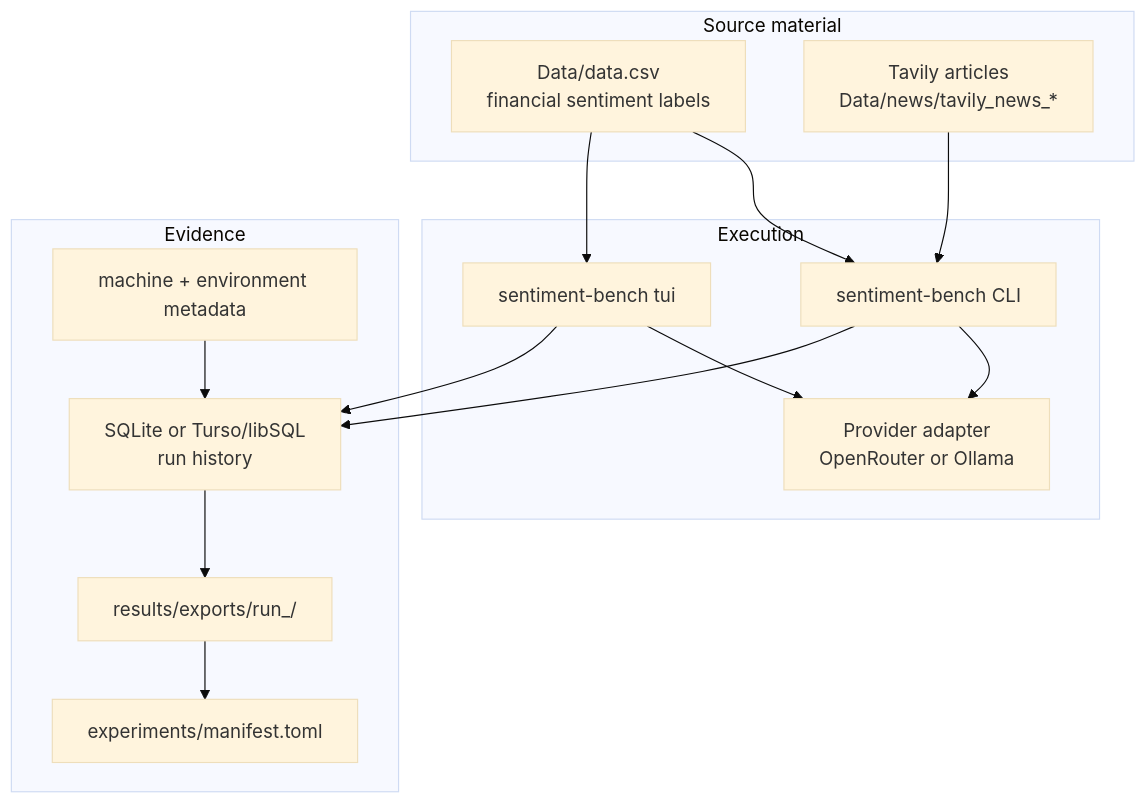
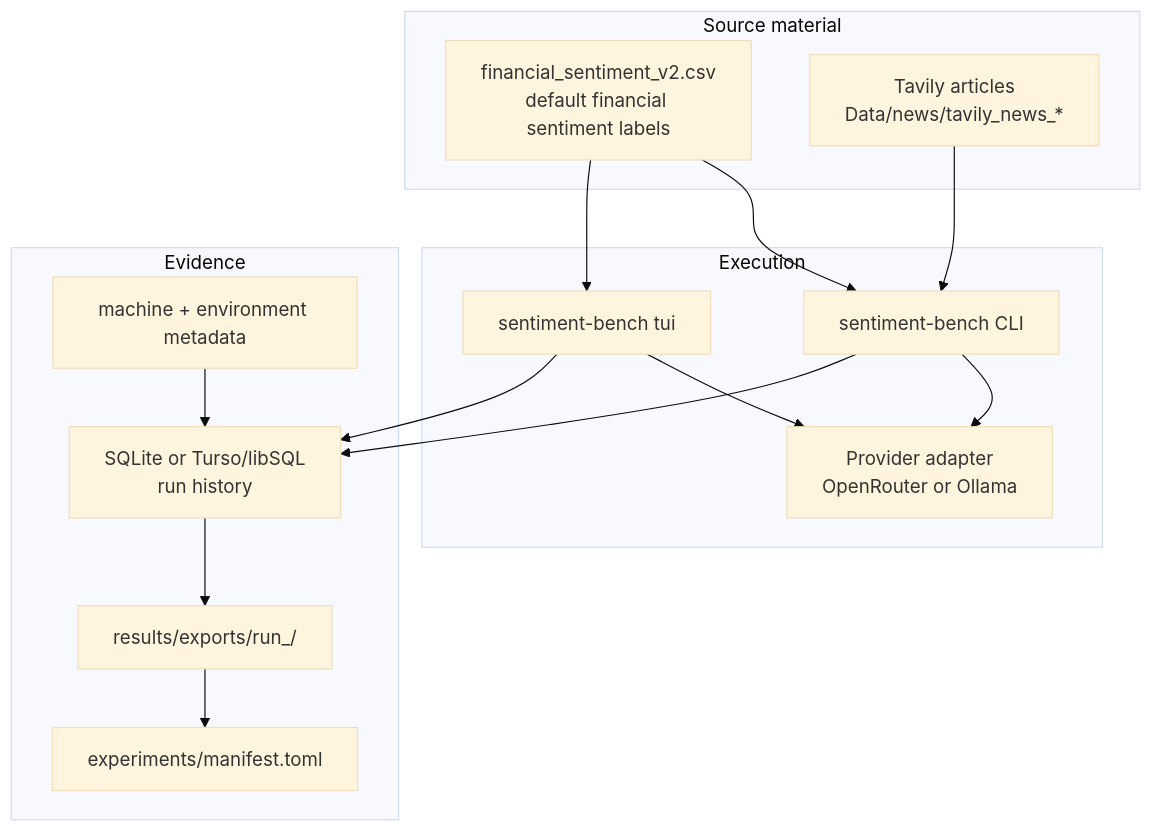
The diagram in docs/README.md (PeterLP123/Sentiment_Dissertation), drawn with Mermaid (base theme) before and after one commit. The commit also changed other lines of this file and 20 other files, not shown here.

````diff
--- a/docs/README.md
+++ b/docs/README.md
@@ -34,28 +34,28 @@
 ```mermaid
 flowchart TB
     subgraph Source["Source material"]
-        D["Data/data.csv<br/>financial sentiment labels"]
+        D["financial_sentiment_v2.csv<br/>default financial sentiment labels"]
         N["Tavily articles<br/>Data/news/tavily_news_*"]
     end
     subgraph Execution["Execution"]
         CLI["sentiment-bench CLI"]
         TUI["sentiment-bench tui"]
         P["Provider adapter<br/>OpenRouter or Ollama"]
     end
     subgraph Evidence["Evidence"]
         DB["SQLite or Turso/libSQL<br/>run history"]
         E["results/exports/run_<id>/"]
         M["experiments/manifest.toml"]
         ENV["machine + environment metadata"]
     end
     D --> CLI
     D --> TUI
     N --> CLI
     CLI --> P
     TUI --> P
     CLI --> DB
     TUI --> DB
     ENV --> DB
     DB --> E
     E --> M
 ```
````
